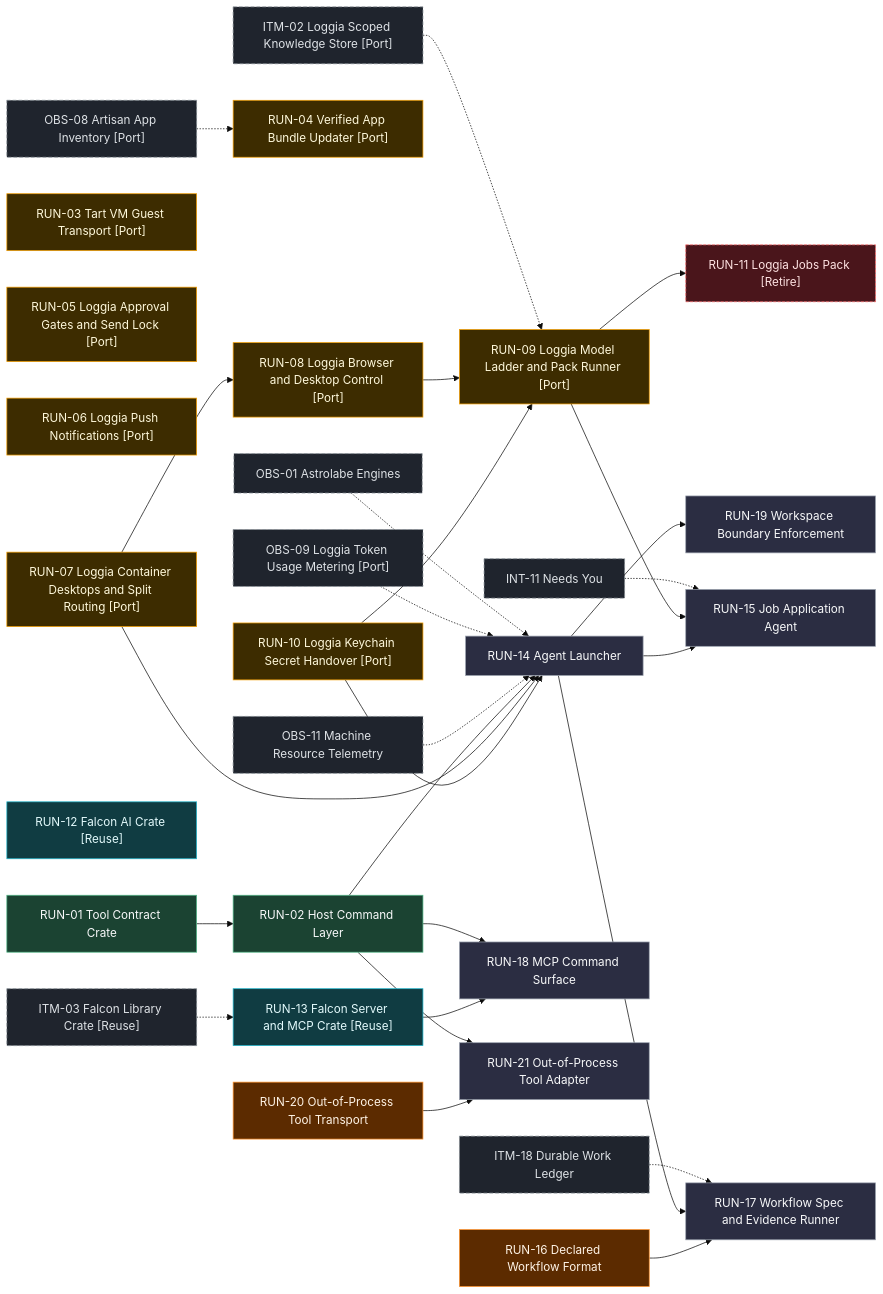
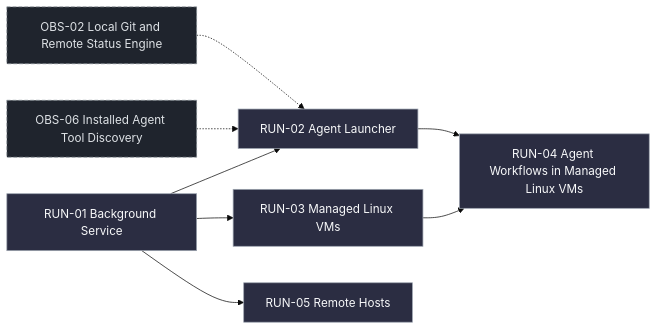
The third of 5 diagrams in docs/roadmap/index.md (AhmedKhan-GH/astrolabe), drawn with Mermaid (base theme) before and after one commit. The commit also changed other lines of this file and 8 other files, not shown here.

Commit message:
Rebuild roadmap registry around shipped and planned product features

````diff
--- a/docs/roadmap/index.md
+++ b/docs/roadmap/index.md
@@ -199,67 +105,20 @@
 ```mermaid
 flowchart LR
-  RUN_01["RUN-01 Tool Contract Crate"]:::shipped
-  RUN_02["RUN-02 Host Command Layer"]:::shipped
-  RUN_03["RUN-03 Tart VM Guest Transport [Port]"]:::existing_port
-  RUN_04["RUN-04 Verified App Bundle Updater [Port]"]:::existing_port
-  RUN_05["RUN-05 Loggia Approval Gates and Send Lock [Port]"]:::existing_port
-  RUN_06["RUN-06 Loggia Push Notifications [Port]"]:::existing_port
-  RUN_07["RUN-07 Loggia Container Desktops and Split Routing [Port]"]:::existing_port
-  RUN_08["RUN-08 Loggia Browser and Desktop Control [Port]"]:::existing_port
-  RUN_09["RUN-09 Loggia Model Ladder and Pack Runner [Port]"]:::existing_port
-  RUN_10["RUN-10 Loggia Keychain Secret Handover [Port]"]:::existing_port
-  RUN_11["RUN-11 Loggia Jobs Pack [Retire]"]:::existing_retire
-  RUN_12["RUN-12 Falcon AI Crate [Reuse]"]:::existing_reuse
-  RUN_13["RUN-13 Falcon Server and MCP Crate [Reuse]"]:::existing_reuse
-  RUN_14["RUN-14 Agent Launcher"]:::planned
-  RUN_15["RUN-15 Job Application Agent"]:::planned
-  RUN_16["RUN-16 Declared Workflow Format"]:::decision
-  RUN_17["RUN-17 Workflow Spec and Evidence Runner"]:::planned
-  RUN_18["RUN-18 MCP Command Surface"]:::planned
-  RUN_19["RUN-19 Workspace Boundary Enforcement"]:::planned
-  RUN_20["RUN-20 Out-of-Process Tool Transport"]:::decision
-  RUN_21["RUN-21 Out-of-Process Tool Adapter"]:::planned
-  INT_11["INT-11 Needs You"]:::external
-  ITM_02["ITM-02 Loggia Scoped Knowledge Store [Port]"]:::external
-  ITM_03["ITM-03 Falcon Library Crate [Reuse]"]:::external
-  ITM_18["ITM-18 Durable Work Ledger"]:::external
-  OBS_01["OBS-01 Astrolabe Engines"]:::external
-  OBS_08["OBS-08 Artisan App Inventory [Port]"]:::external
-  OBS_09["OBS-09 Loggia Token Usage Metering [Port]"]:::external
-  OBS_11["OBS-11 Machine Resource Telemetry"]:::external
+  RUN_01["RUN-01 Background Service"]:::planned
+  RUN_02["RUN-02 Agent Launcher"]:::planned
+  RUN_03["RUN-03 Managed Linux VMs"]:::planned
+  RUN_04["RUN-04 Agent Workflows in Managed Linux VMs"]:::planned
+  RUN_05["RUN-05 Remote Hosts"]:::planned
+  OBS_02["OBS-02 Local Git and Remote Status Engine"]:::external
+  OBS_06["OBS-06 Installed Agent Tool Discovery"]:::external
+  OBS_02 -.-> RUN_02
+  OBS_06 -.-> RUN_02
   RUN_01 --> RUN_02
-  OBS_08 -.-> RUN_04
-  RUN_07 --> RUN_08
-  ITM_02 -.-> RUN_09
-  RUN_08 --> RUN_09
-  RUN_10 --> RUN_09
-  RUN_09 --> RUN_11
-  ITM_03 -.-> RUN_13
-  OBS_01 -.-> RUN_14
-  OBS_09 -.-> RUN_14
-  OBS_11 -.-> RUN_14
-  RUN_02 --> RUN_14
-  RUN_07 --> RUN_14
-  RUN_10 --> RUN_14
-  INT_11 -.-> RUN_15
-  RUN_09 --> RUN_15
-  RUN_14 --> RUN_15
-  ITM_18 -.-> RUN_17
-  RUN_14 --> RUN_17
-  RUN_16 --> RUN_17
-  RUN_02 --> RUN_18
-  RUN_13 --> RUN_18
-  RUN_14 --> RUN_19
-  RUN_02 --> RUN_21
-  RUN_20 --> RUN_21
+  RUN_01 --> RUN_03
+  RUN_02 --> RUN_04
+  RUN_03 --> RUN_04
+  RUN_01 --> RUN_05
   classDef shipped fill:#1b4332,stroke:#52b788,color:#f8f9fa
-  classDef built fill:#1d3557,stroke:#74c0fc,color:#f8f9fa
-  classDef progress fill:#1d3557,stroke:#ffd43b,color:#f8f9fa,stroke-dasharray:4 2
-  classDef existing_port fill:#3d2c00,stroke:#f59f00,color:#fff9db
-  classDef existing_reuse fill:#103c42,stroke:#22b8cf,color:#e3fafc
-  classDef existing_retire fill:#4a151b,stroke:#ff6b6b,color:#ffe3e3,stroke-dasharray:4 2
   classDef planned fill:#2b2d42,stroke:#9ca3af,color:#f8f9fa
-  classDef idea fill:#2e1f47,stroke:#b197fc,color:#f3f0ff,stroke-dasharray:3 3
-  classDef decision fill:#5c2b00,stroke:#ff922b,color:#fff4e6
   classDef external fill:#1f242d,stroke:#868e96,color:#dee2e6,stroke-dasharray:5 3
 ```
````
